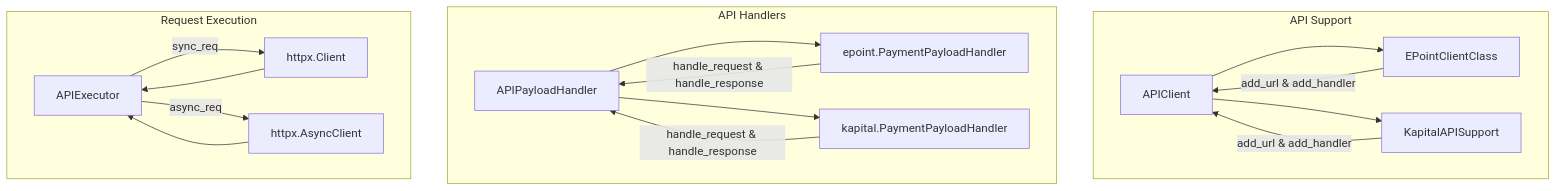
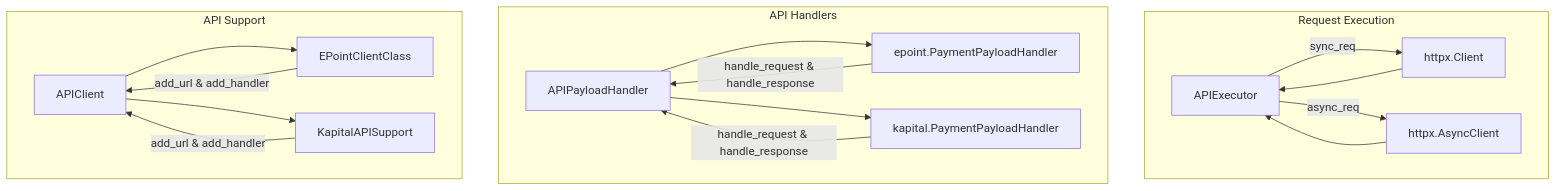
The first of 2 diagrams in docs/az/docs/resources/code-architecture.md (mmzeynalli/integrify), drawn with Mermaid before and after one commit. The commit also changed other lines of this file and 4 other files, not shown here.

````diff
--- a/docs/az/docs/resources/code-architecture.md
+++ b/docs/az/docs/resources/code-architecture.md
@@ -7,38 +7,38 @@
 ```mermaid
 graph TD;
     classDef classAPI  ;
     classDef classHandler  ;
     classDef classExecutor  ;
 
-    subgraph API Support
-        APIClient
-        EPointClientClass
-        KapitalAPISupport
+    subgraph Request Execution
+        APIExecutor
+        httpx.Client
+        httpx.AsyncClient
     end
 
     subgraph API Handlers
         APIPayloadHandler
         epoint.PaymentPayloadHandler
         kapital.PaymentPayloadHandler
     end
 
-    subgraph Request Execution
-        APIExecutor
-        httpx.Client
-        httpx.AsyncClient
+    subgraph API Support
+        APIClient
+        EPointClientClass
+        KapitalAPISupport
     end
 
     APIClient --> EPointClientClass
     APIClient --> KapitalAPISupport
     APIPayloadHandler --> epoint.PaymentPayloadHandler
     APIPayloadHandler --> kapital.PaymentPayloadHandler
     httpx.Client --> APIExecutor 
     httpx.AsyncClient --> APIExecutor
 
     EPointClientClass -->|add_url & add_handler| APIClient
     KapitalAPISupport -->|add_url & add_handler| APIClient
     epoint.PaymentPayloadHandler -->|handle_request & handle_response| APIPayloadHandler
     kapital.PaymentPayloadHandler -->|handle_request & handle_response| APIPayloadHandler
     APIExecutor -->|sync_req| httpx.Client
     APIExecutor -->|async_req| httpx.AsyncClient
 ```
````
